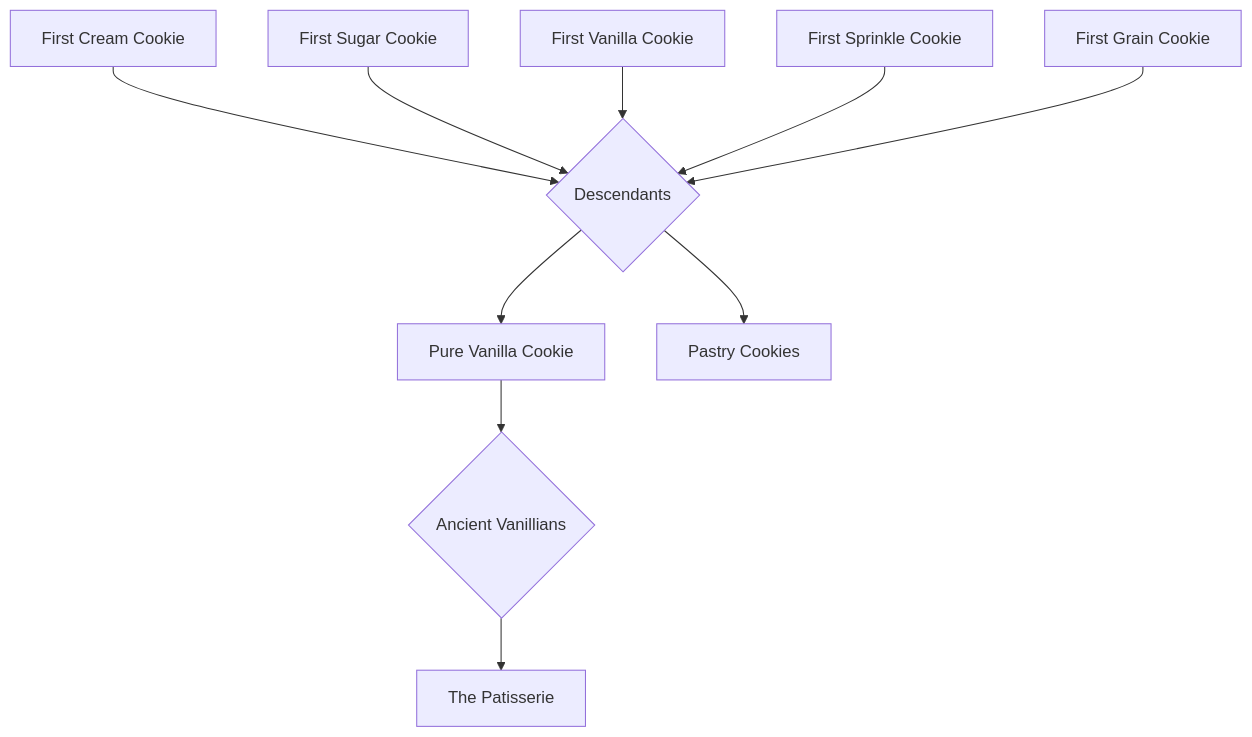
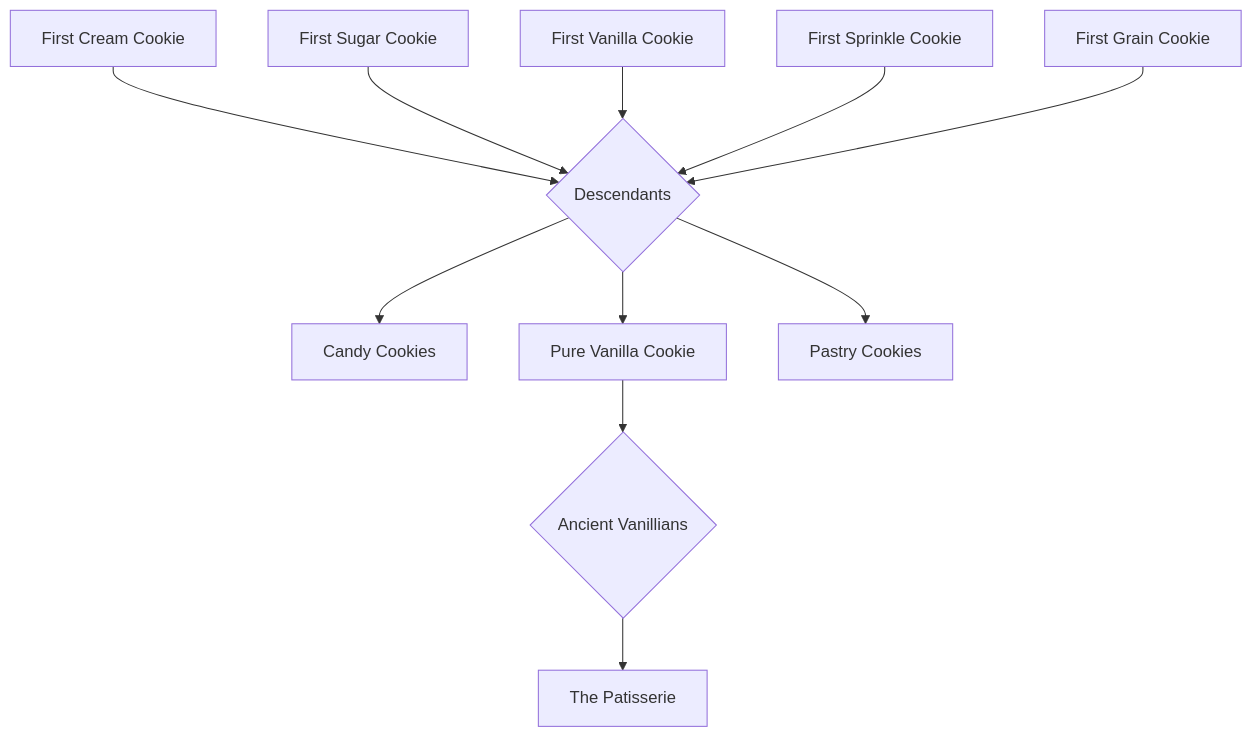
Before and after one commit to callinj-41/cookie-run-spice-cake-au: the fifth of 10 diagrams in src/site/notes/Cookies.md, drawn with Mermaid. The commit also changed other lines of this file, not shown here.

Commit message:
Update content src/site/notes/Cookies.md

````diff
--- a/src/site/notes/Cookies.md
+++ b/src/site/notes/Cookies.md
@@ -117,12 +117,13 @@
 ```mermaid
 graph TD;
 A[First Cream Cookie]-->D{Descendants}
+D-->K[Candy Cookies]
 B[First Sugar Cookie]-->D
 C[First Vanilla Cookie]-->D
 E[First Sprinkle Cookie]-->D
 F[First Grain Cookie]-->D
 D-->J
 J[Pure Vanilla Cookie]-->G{Ancient Vanillians}
 D-->H[Pastry Cookies]
 G-->I[The Patisserie]
 ```
````
